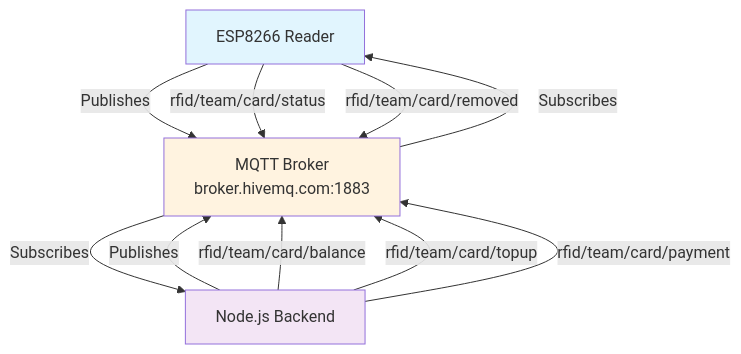
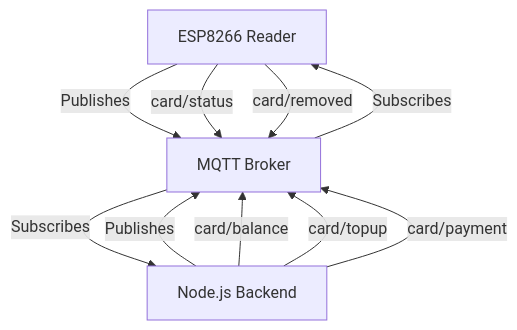
One commit to Tresorbana/BillIO changed the diagram in mqtt_topics.md. Above: the diagram before and after it, drawn with Mermaid. The commit also changed 1 other file, not shown here.

Commit message:
Fixed Mermaid diagram rendering issues by simplifying diagrams

````diff
--- a/mqtt_topics.md
+++ b/mqtt_topics.md
@@ -11,17 +11,13 @@
 ```mermaid
 graph TD
-    A[ESP8266 Reader] -->|Publishes| B[MQTT Broker<br/>broker.hivemq.com:1883]
+    A[ESP8266 Reader] -->|Publishes| B[MQTT Broker]
     C[Node.js Backend] -->|Publishes| B
     B -->|Subscribes| A
     B -->|Subscribes| C
 
-    A -->|rfid/team/card/status| B
-    A -->|rfid/team/card/removed| B
-    C -->|rfid/team/card/balance| B
-    C -->|rfid/team/card/topup| B
-    C -->|rfid/team/card/payment| B
-
-    style A fill:#e1f5fe
-    style B fill:#fff3e0
-    style C fill:#f3e5f5
+    A -->|card/status| B
+    A -->|card/removed| B
+    C -->|card/balance| B
+    C -->|card/topup| B
+    C -->|card/payment| B
 ```
````
